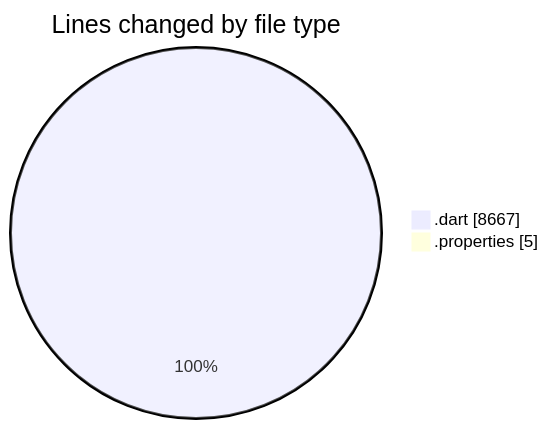
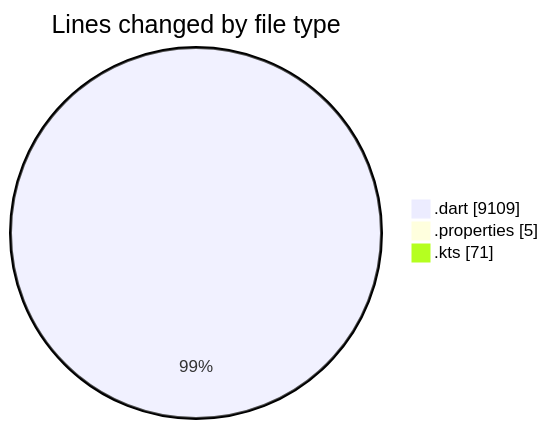
The first of 2 diagrams in 2025-08-25/studybuddy/README.md (lephambinh05/code-tracking), drawn with Mermaid before and after one commit. The commit also changed other lines of this file and 1 other file, not shown here.

````diff
--- a/2025-08-25/studybuddy/README.md
+++ b/2025-08-25/studybuddy/README.md
@@ -43,6 +46,7 @@
 ```mermaid
 pie showData
 title Lines changed by file type
-".dart" : 8667
+".dart" : 9109
 ".properties" : 5
+".kts" : 71
 ```
````
